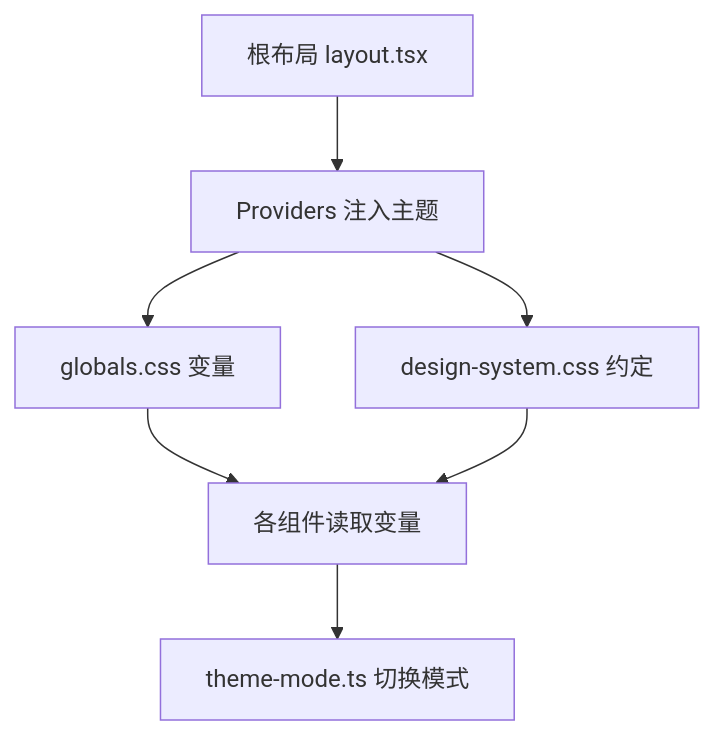
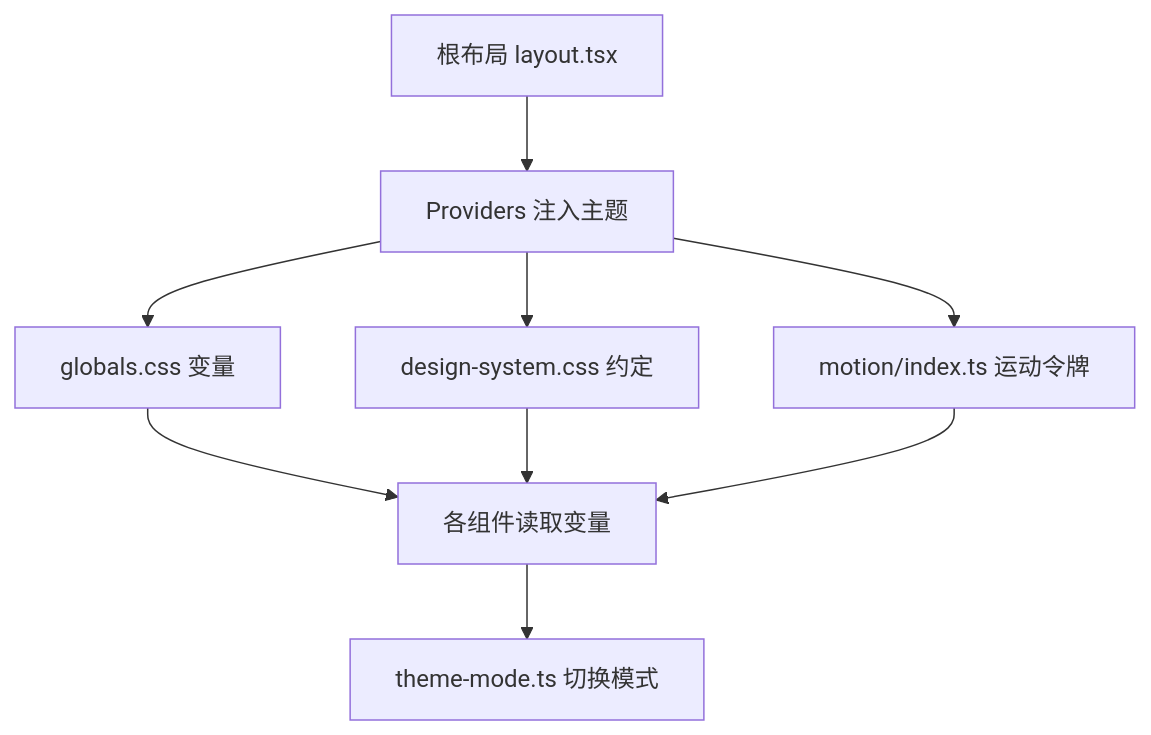
One commit to scottcwy/PurpleInk changed the fifth of 8 diagrams in .qoder/repowiki/zh/content/前端架构/组件系统/组件系统.md. Above: the diagram before and after it, drawn with Mermaid. The commit also changed other lines of this file and 23 other files, not shown here.

````diff
--- a/.qoder/repowiki/zh/content/前端架构/组件系统/组件系统.md
+++ b/.qoder/repowiki/zh/content/前端架构/组件系统/组件系统.md
@@ -282,9 +367,11 @@
 ```mermaid
 flowchart TD
 Root["根布局 layout.tsx"] --> Providers["Providers 注入主题"]
 Providers --> GlobalCSS["globals.css 变量"]
 Providers --> DesignSystem["design-system.css 约定"]
+Providers --> MotionTokens["motion/index.ts 运动令牌"]
 GlobalCSS --> Components["各组件读取变量"]
 DesignSystem --> Components
+MotionTokens --> Components
 Components --> ThemeMode["theme-mode.ts 切换模式"]
 ```
````
